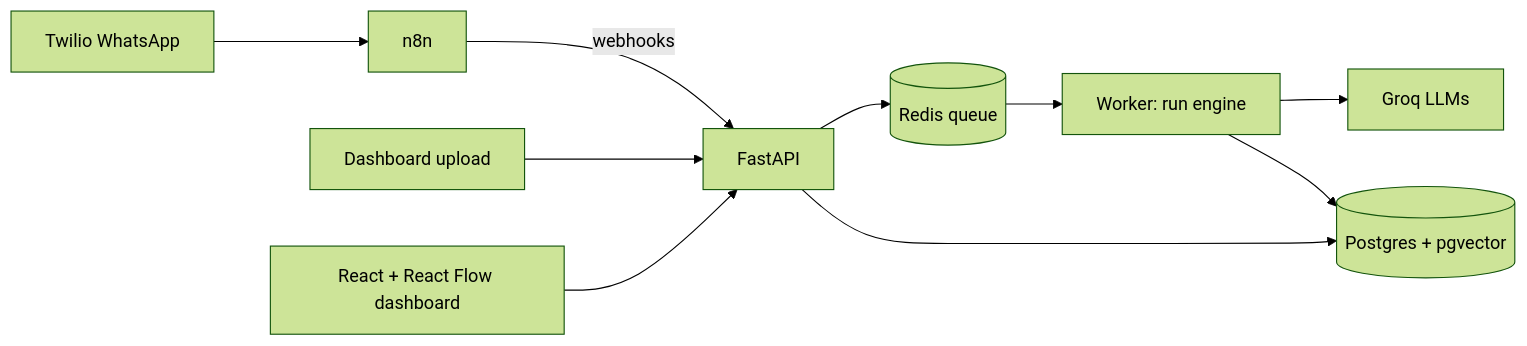
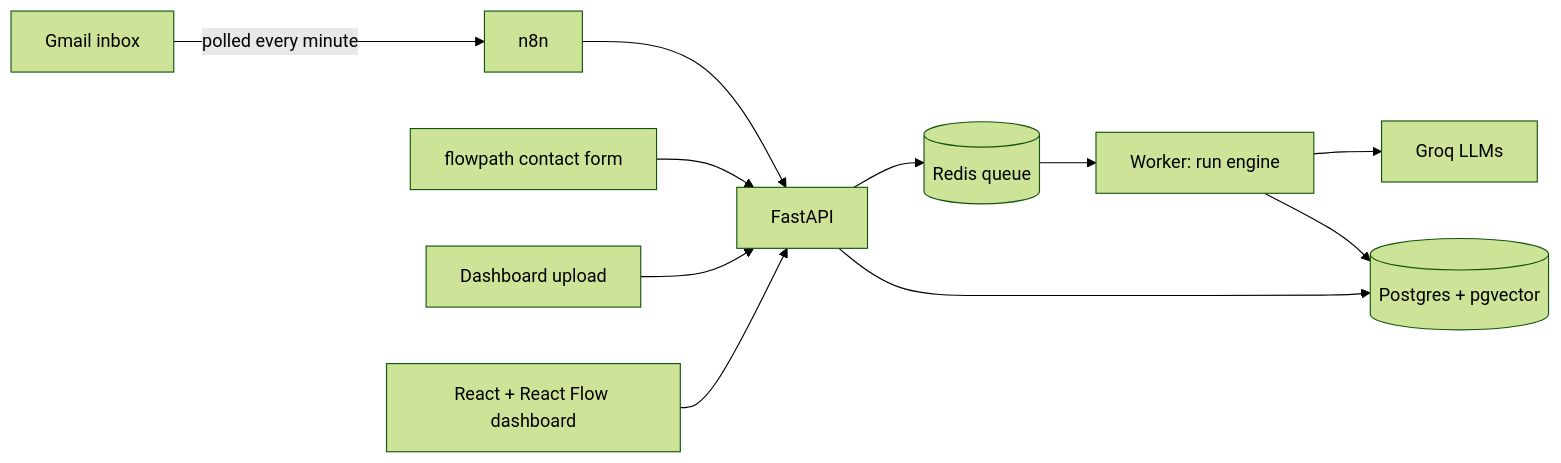
One commit to aqsak-dev99/autohub changed the diagram in README.md. Above: the diagram before and after it, drawn with Mermaid (forest theme). The commit also changed other lines of this file and 55 other files, not shown here.

Commit message:
Redesign dashboard for business owners; drop WhatsApp, add website contact form; owner-editable rules with what-if preview

````diff
--- a/README.md
+++ b/README.md
@@ -14,12 +14,13 @@
 ```mermaid
 flowchart LR
-    WA[Twilio WhatsApp] --> N8N[n8n]
-    N8N -->|webhooks| API[FastAPI]
+    MAIL[Gmail inbox] -->|polled every minute| N8N[n8n]
+    N8N --> API[FastAPI]
+    FORM[flowpath contact form] --> API
     UP[Dashboard upload] --> API
     API --> Q[(Redis queue)]
     Q --> W[Worker: run engine]
     W --> G[Groq LLMs]
     W --> DB[(Postgres + pgvector)]
     API --> DB
     DASH[React + React Flow dashboard] --> API
 ```
````
